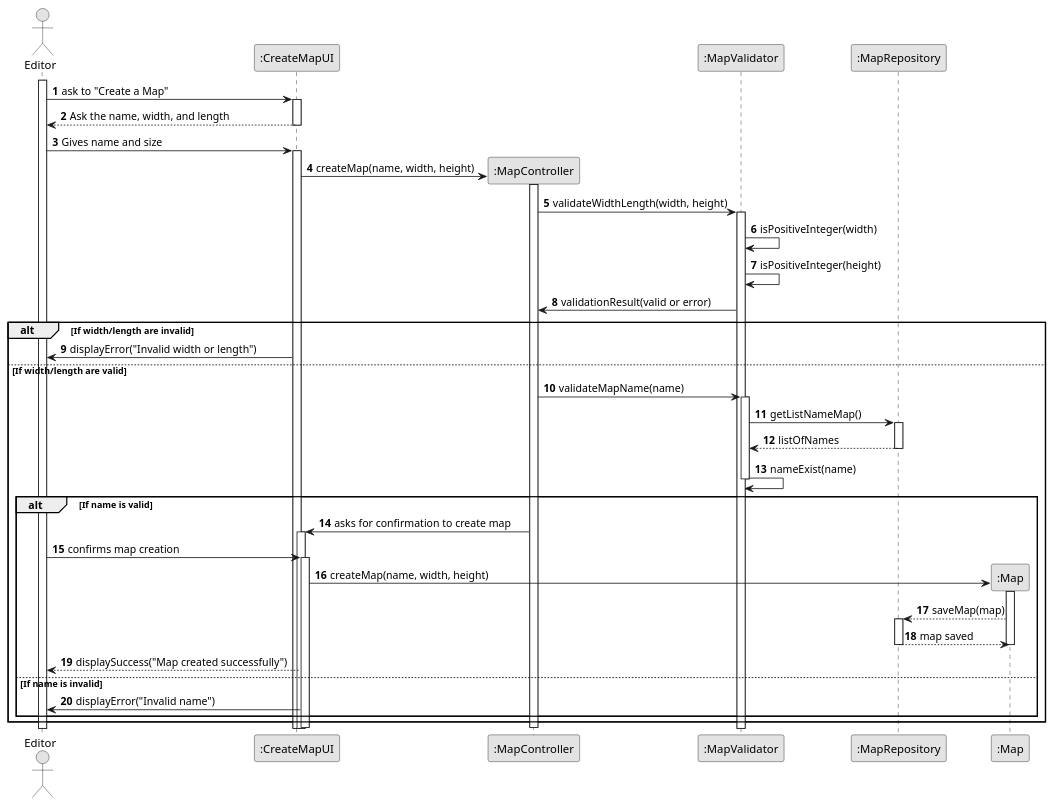
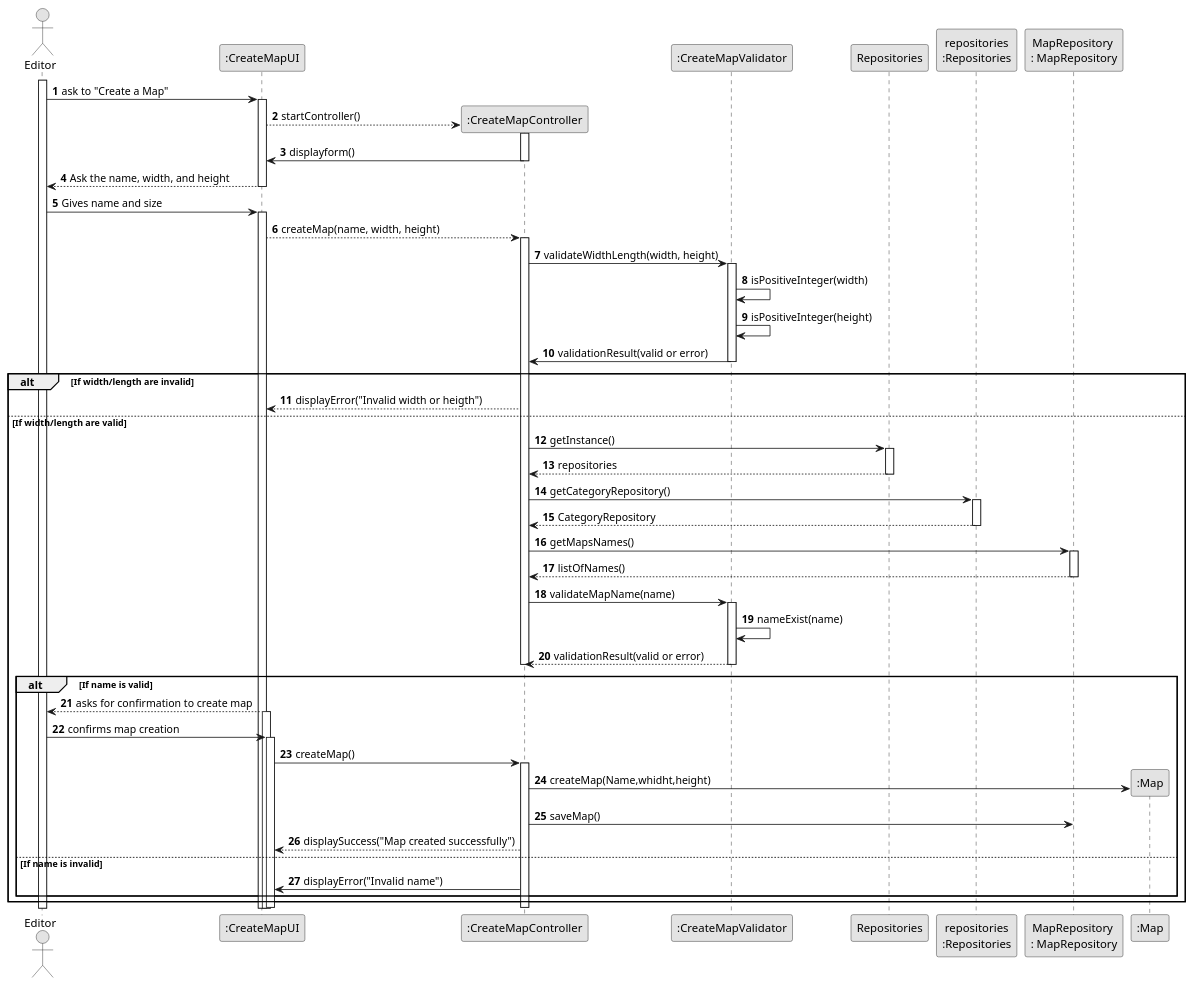
One commit to 1240826/empire-on-tracks changed the diagram in docs/system-documentation/US001/03.design/puml/US001-SD-full.puml. Above: the diagram before and after it, drawn with PlantUML. The commit also changed 2 other files, not shown here.

```diff
--- a/docs/system-documentation/US001/03.design/puml/US001-SD-full.puml
+++ b/docs/system-documentation/US001/03.design/puml/US001-SD-full.puml
@@ -1,77 +1,110 @@
 @startuml
 skinparam monochrome true
 skinparam packageStyle rectangle
 skinparam shadowing false
 
 autonumber
 
 actor "Editor" as Employee
 participant ":CreateMapUI" as UI
-participant ":MapController" as Controller
-participant ":MapValidator" as Validator
-participant ":MapRepository" as Repository
+participant ":CreateMapController" as Controller
+participant ":CreateMapValidator" as Validator
+participant "Repositories" as Rep
+participant "repositories\n:Repositories" as REPOS_SINGLETON
+participant "MapRepository \n: MapRepository" as Repository
+
 participant ":Map" as Map
 
 activate Employee
 
     Employee -> UI : ask to "Create a Map"
     activate UI
 
-        UI --> Employee : Ask the name, width, and length
+            UI --> Controller** : startController()
+
+            activate Controller
+
+            Controller->UI : displayform()
+            deactivate Controller
+
+        UI --> Employee : Ask the name, width, and height
+
+
+
+
+
     deactivate UI
 
     Employee -> UI : Gives name and size
     activate UI
 
-        UI -> Controller** : createMap(name, width, height)
+        UI --> Controller  : createMap(name, width, height)
         activate Controller
 
             Controller -> Validator : validateWidthLength(width, height)
             activate Validator
 
             Validator -> Validator : isPositiveInteger(width)
             Validator -> Validator : isPositiveInteger(height)
             Validator -> Controller : validationResult(valid or error)
+            deactivate Validator
 
             alt If width/length are invalid
-                UI -> Employee : displayError("Invalid width or length")
+                Controller --> UI : displayError("Invalid width or heigth")
+
+
             else If width/length are valid
+
+            Controller->Rep: getInstance()
+            activate Rep
+            Rep-->Controller:repositories
+            deactivate Rep
+            Controller -> REPOS_SINGLETON : getCategoryRepository()
+                            activate REPOS_SINGLETON
+                                REPOS_SINGLETON --> Controller: CategoryRepository
+                            deactivate REPOS_SINGLETON
+            Controller->Repository:getMapsNames()
+            activate Repository
+            Repository-->Controller:listOfNames()
+            deactivate Repository
+
+
+
                 Controller -> Validator : validateMapName(name)
                 activate Validator
 
-                Validator -> Repository : getListNameMap()
-                activate Repository
-
-                    Repository --> Validator : listOfNames
-                deactivate Repository
-
                 Validator -> Validator : nameExist(name)
+                Validator -->Controller: validationResult(valid or error)
                 deactivate Validator
+                deactivate Controller
 
                 alt If name is valid
-                    Controller -> UI : asks for confirmation to create map
+                    UI --> Employee : asks for confirmation to create map
                     activate UI
 
                     Employee -> UI : confirms map creation
                     activate UI
 
-                    UI -> Map**: createMap(name, width, height)
-                    activate Map
+                    UI -> Controller: createMap()
+                    activate Controller
 
-                        Map --> Repository : saveMap(map)
-                        activate Repository
+                    Controller->Map**:createMap(Name,whidht,height)
 
-                            Repository --> Map : map saved
+
+
+
+
+                            Controller -> Repository : saveMap()
                         deactivate Repository
-                    deactivate Map
 
-                    UI --> Employee : displaySuccess("Map created successfully")
+
+                    Controller --> UI : displaySuccess("Map created successfully")
                 else If name is invalid
-                    UI -> Employee : displayError("Invalid name")
+                    Controller -> UI : displayError("Invalid name")
                 end
             end
 
         deactivate Controller
     deactivate UI
 
 @enduml
```
